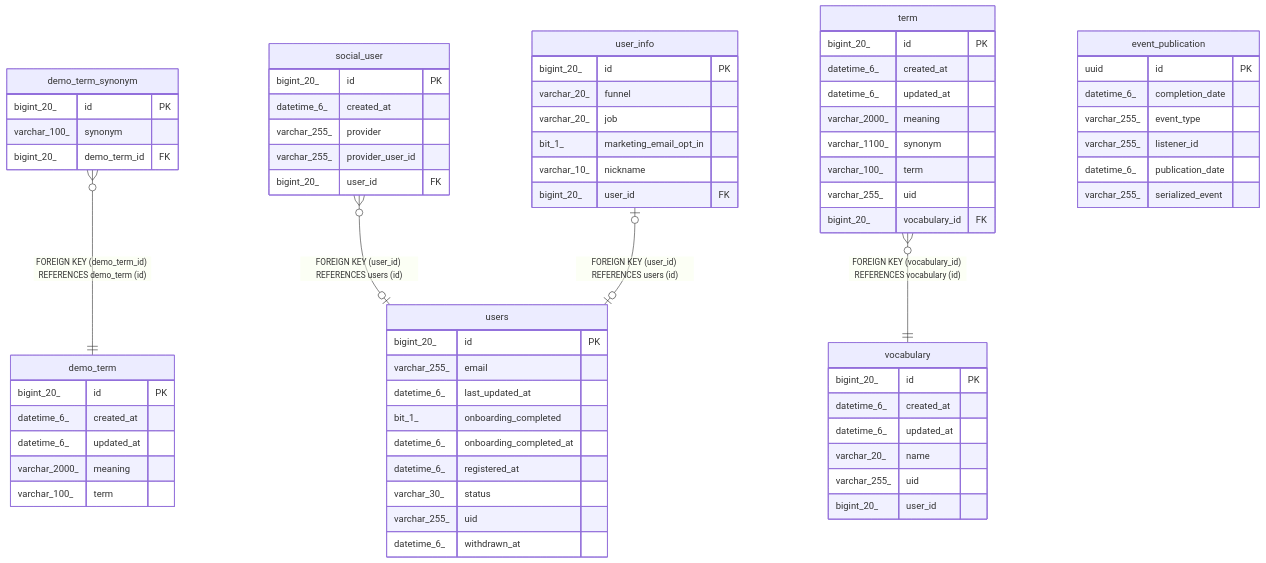
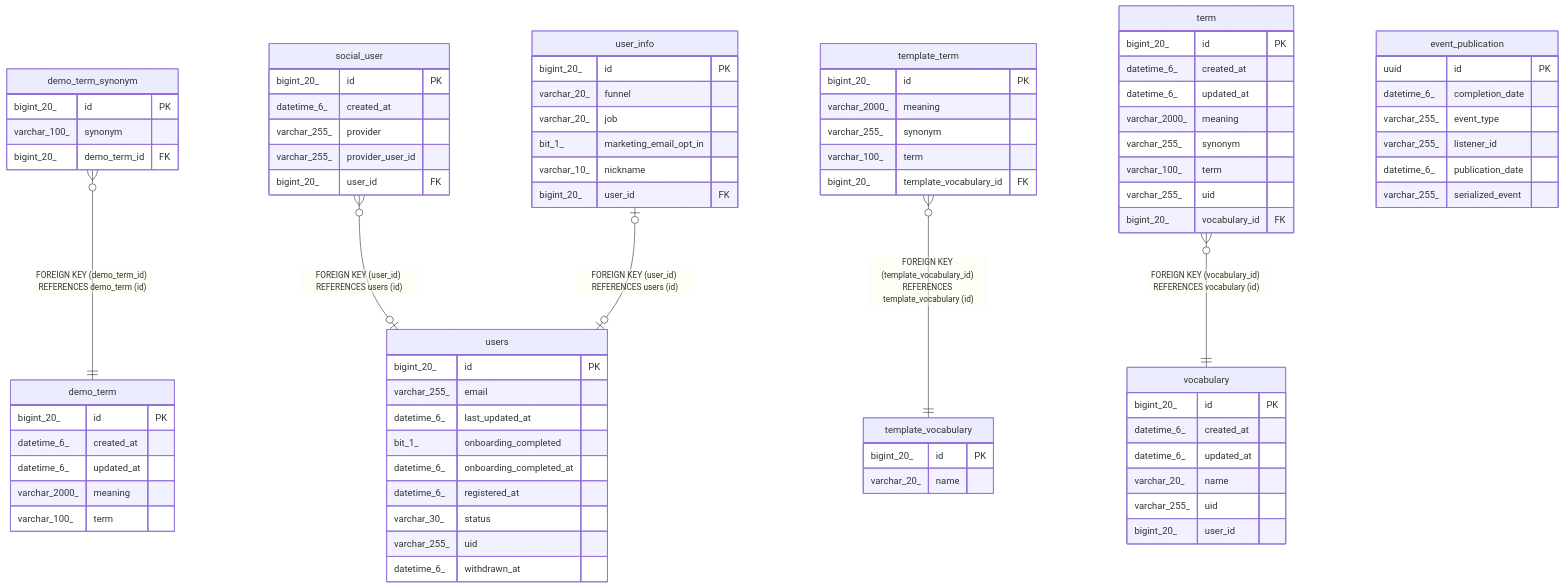
One commit to makevook/vook-server changed the diagram in docs/schema/README.md. Above: the diagram before and after it, drawn with Mermaid. The commit also changed other lines of this file and 4 other files, not shown here.

```diff
--- a/docs/schema/README.md
+++ b/docs/schema/README.md
@@ -20,6 +22,7 @@
 
 "demo_term_synonym" }o--|| "demo_term" : "FOREIGN KEY (demo_term_id) REFERENCES demo_term (id)"
 "social_user" }o--o| "users" : "FOREIGN KEY (user_id) REFERENCES users (id)"
+"template_term" }o--|| "template_vocabulary" : "FOREIGN KEY (template_vocabulary_id) REFERENCES template_vocabulary (id)"
 "term" }o--|| "vocabulary" : "FOREIGN KEY (vocabulary_id) REFERENCES vocabulary (id)"
 "user_info" |o--o| "users" : "FOREIGN KEY (user_id) REFERENCES users (id)"
 
@@ -50,12 +53,23 @@
   varchar_255_ provider_user_id
   bigint_20_ user_id FK
 }
+"template_term" {
+  bigint_20_ id PK
+  varchar_2000_ meaning
+  varchar_255_ synonym
+  varchar_100_ term
+  bigint_20_ template_vocabulary_id FK
+}
+"template_vocabulary" {
+  bigint_20_ id PK
+  varchar_20_ name
+}
 "term" {
   bigint_20_ id PK
   datetime_6_ created_at
   datetime_6_ updated_at
   varchar_2000_ meaning
-  varchar_1100_ synonym
+  varchar_255_ synonym
   varchar_100_ term
   varchar_255_ uid
   bigint_20_ vocabulary_id FK
```
